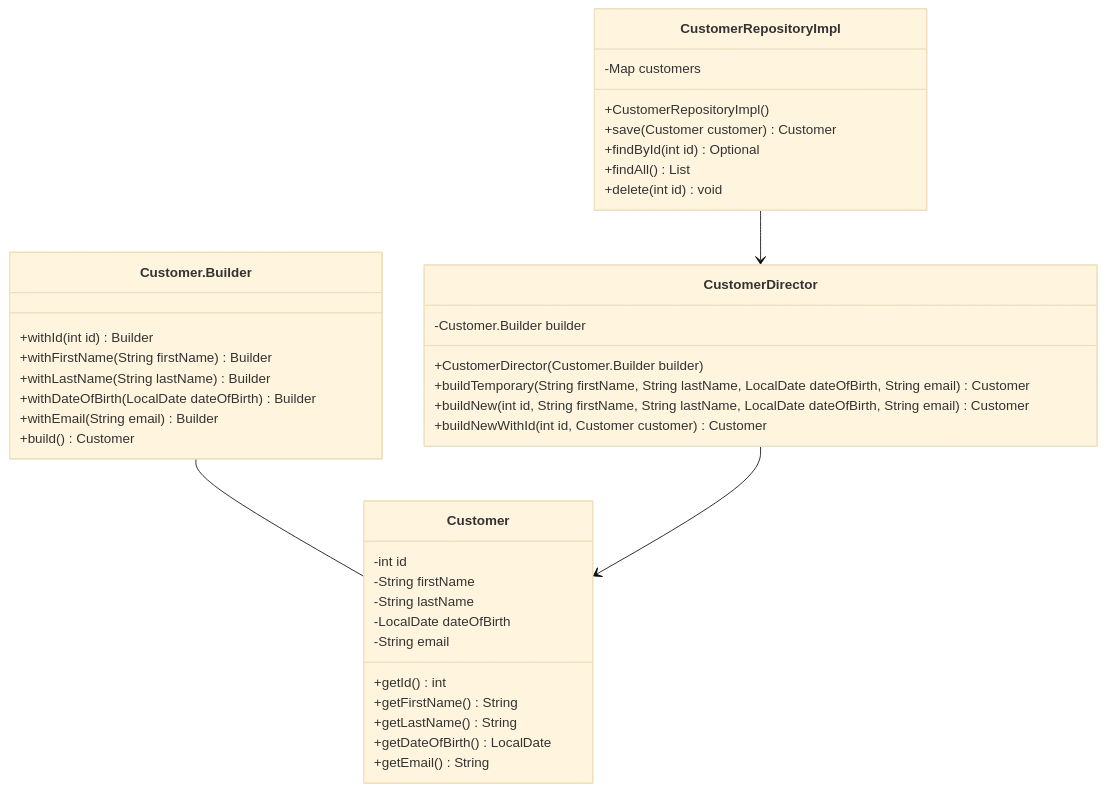
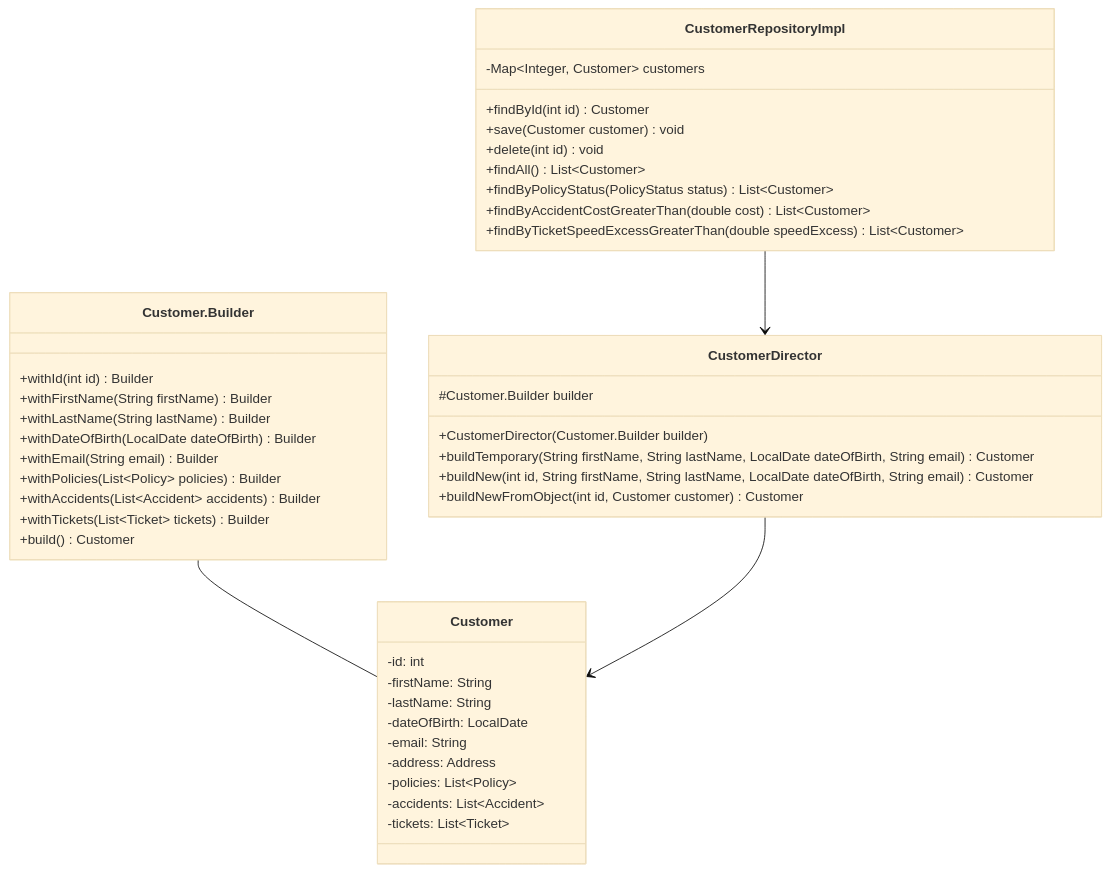
One commit to SirSimon04/clean-car-insurance changed the second of 6 diagrams in Autoversicherung.md. Above: the diagram before and after it, drawn with Mermaid (base theme). The commit also changed other lines of this file and 1 other file, not shown here.

Commit message:
fix(srv): Remove unused import and update diagrams

````diff
--- a/Autoversicherung.md
+++ b/Autoversicherung.md
@@ -54,45 +51,49 @@
 ```mermaid
-classDiagram
+classDiagram    
     class Customer {
-        -int id
-        -String firstName
-        -String lastName
-        -LocalDate dateOfBirth
-        -String email
-        +getId() int
-        +getFirstName() String
-        +getLastName() String
-        +getDateOfBirth() LocalDate
-        +getEmail() String
+      -id: int 
+      -firstName: String 
+      -lastName: String
+      -dateOfBirth: LocalDate
+      -email: String
+      -address: Address
+      -policies: List~Policy~
+      -accidents: List~Accident~
+      -tickets: List~Ticket~       
     }
 
     class Customer.Builder {
         +withId(int id) Builder
         +withFirstName(String firstName) Builder
         +withLastName(String lastName) Builder
         +withDateOfBirth(LocalDate dateOfBirth) Builder
         +withEmail(String email) Builder
+        +withPolicies(List~Policy~ policies) Builder
+        +withAccidents(List~Accident~ accidents) Builder
+        +withTickets(List~Ticket~ tickets) Builder
         +build() Customer
     }
 
     class CustomerDirector {
-        -Customer.Builder builder
+        #Customer.Builder builder
         +CustomerDirector(Customer.Builder builder)
         +buildTemporary(String firstName, String lastName, LocalDate dateOfBirth, String email) Customer
         +buildNew(int id, String firstName, String lastName, LocalDate dateOfBirth, String email) Customer
-        +buildNewWithId(int id, Customer customer) Customer
+        +buildNewFromObject(int id, Customer customer) Customer
     }
 
     class CustomerRepositoryImpl {
-        -Map<Integer, Customer> customers
-        +CustomerRepositoryImpl()
-        +save(Customer customer) Customer
-        +findById(int id) Optional<Customer>
-        +findAll() List<Customer>
+        -Map~Integer, Customer~ customers
+        +findById(int id) Customer
+        +save(Customer customer) void  
         +delete(int id) void
+        +findAll() List~Customer~
+        +findByPolicyStatus(PolicyStatus status) List~Customer~
+        +findByAccidentCostGreaterThan(double cost) List~Customer~
+        +findByTicketSpeedExcessGreaterThan(double speedExcess) List~Customer~
     }
 
     Customer.Builder -- Customer
     CustomerDirector --> Customer
     CustomerRepositoryImpl --> CustomerDirector
 ```
````
